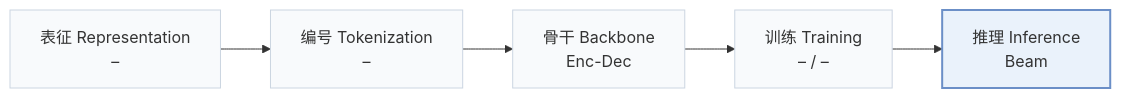
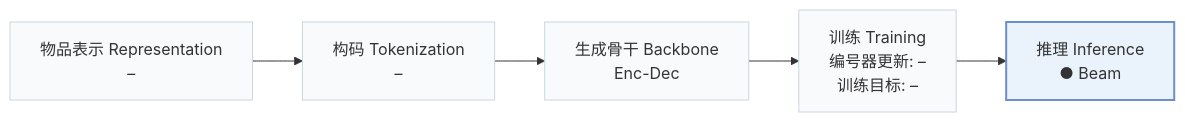
The first of 2 diagrams in pages/zh/papers/pfa.md (Galaxy-ghost/Awesome-SID-Generative-Rec), drawn with Mermaid before and after one commit. The commit also changed other lines of this file and 558 other files, not shown here.

````diff
--- a/pages/zh/papers/pfa.md
+++ b/pages/zh/papers/pfa.md
@@ -15,8 +18,8 @@
 ```mermaid
 flowchart LR
-    R["表征 Representation<br/>–"] --> T["编号 Tokenization<br/>–"] --> B["骨干 Backbone<br/>Enc-Dec"] --> TR["训练 Training<br/>– / –"] --> I["推理 Inference<br/>Beam"]
+    R["物品表示 Representation<br/>–"] --> T["构码 Tokenization<br/>–"] --> B["生成骨干 Backbone<br/>Enc-Dec"] --> TR["训练 Training<br/>编号器更新: –<br/>训练目标: –"] --> I["推理 Inference<br/>● Beam"]
     classDef base fill:#f8fafc,stroke:#cbd5e1
     class R,T,B,TR,I base
     classDef main fill:#eaf2fb,stroke:#6b8fc7,stroke-width:2px
     class I main
 ```
````
